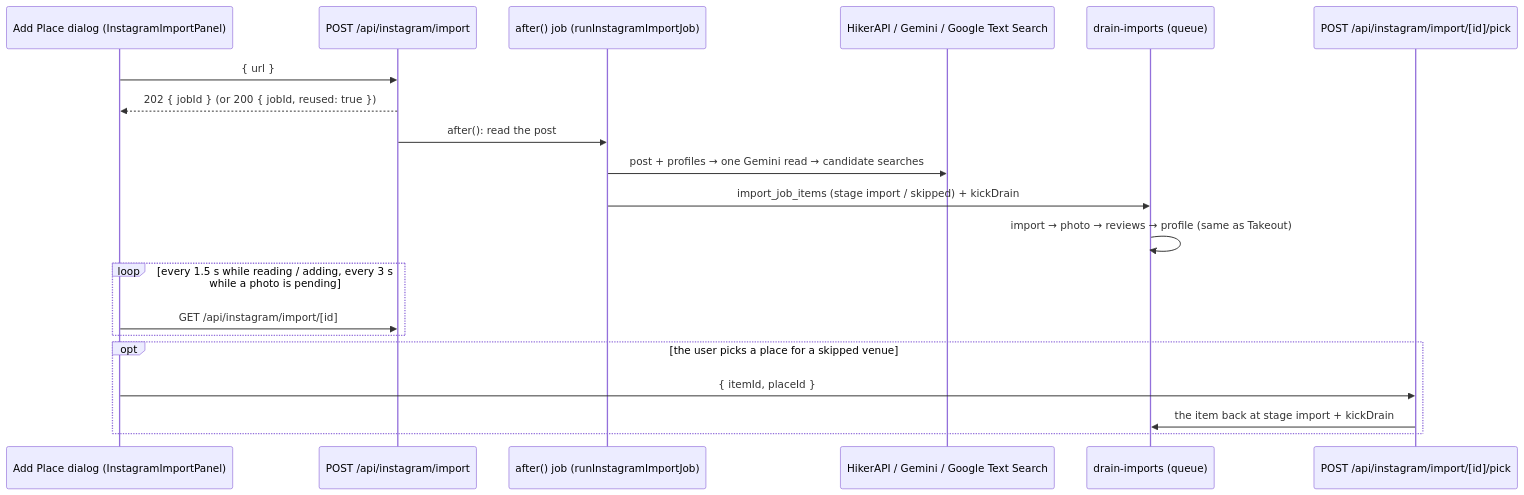
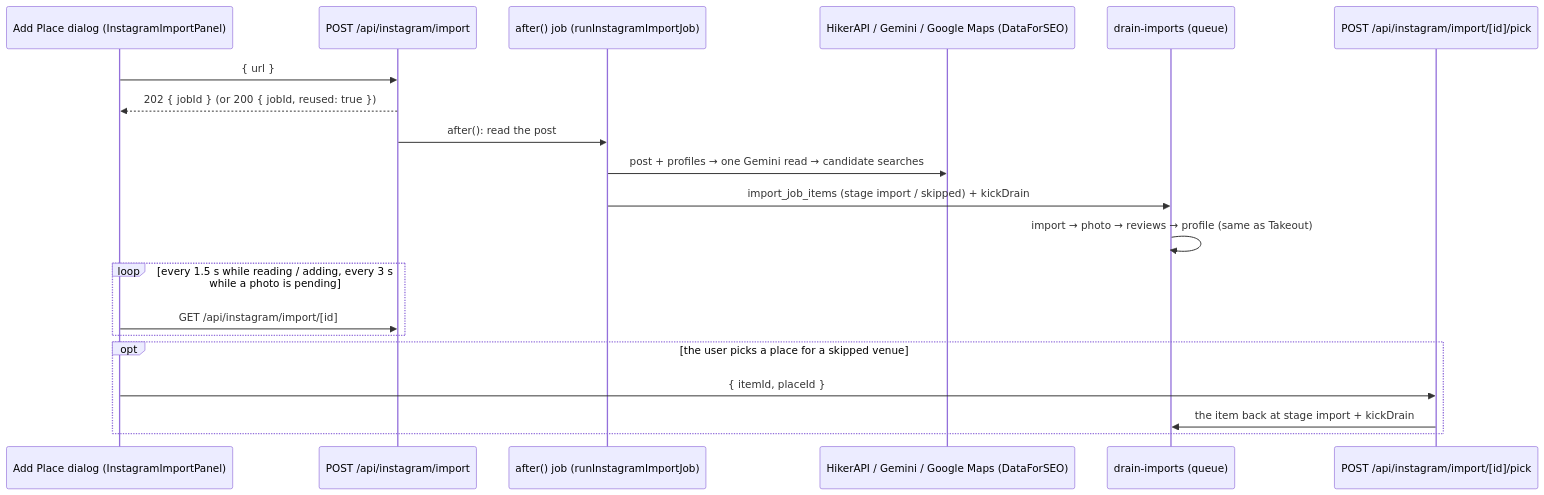
One commit to ozanoid/map-organiser changed the diagram in docs/05-flows/instagram-import-flow.md. Above: the diagram before and after it, drawn with Mermaid. The commit also changed other lines of this file and 42 other files, not shown here.

First line of the commit message:
Look every place up through DataForSEO; retire Google Places

````diff
--- a/docs/05-flows/instagram-import-flow.md
+++ b/docs/05-flows/instagram-import-flow.md
@@ -115,22 +117,22 @@
 ```mermaid
 sequenceDiagram
   participant D as Add Place dialog (InstagramImportPanel)
   participant R as POST /api/instagram/import
   participant J as after() job (runInstagramImportJob)
-  participant X as HikerAPI / Gemini / Google Text Search
+  participant X as HikerAPI / Gemini / Google Maps (DataForSEO)
   participant Q as drain-imports (queue)
   participant P as POST /api/instagram/import/[id]/pick
   D->>R: { url }
   R-->>D: 202 { jobId }  (or 200 { jobId, reused: true })
   R->>J: after(): read the post
   J->>X: post + profiles → one Gemini read → candidate searches
   J->>Q: import_job_items (stage import / skipped) + kickDrain
   Q->>Q: import → photo → reviews → profile (same as Takeout)
   loop every 1.5 s while reading / adding, every 3 s while a photo is pending
     D->>R: GET /api/instagram/import/[id]
   end
   opt the user picks a place for a skipped venue
     D->>P: { itemId, placeId }
     P->>Q: the item back at stage import + kickDrain
   end
 ```
````
